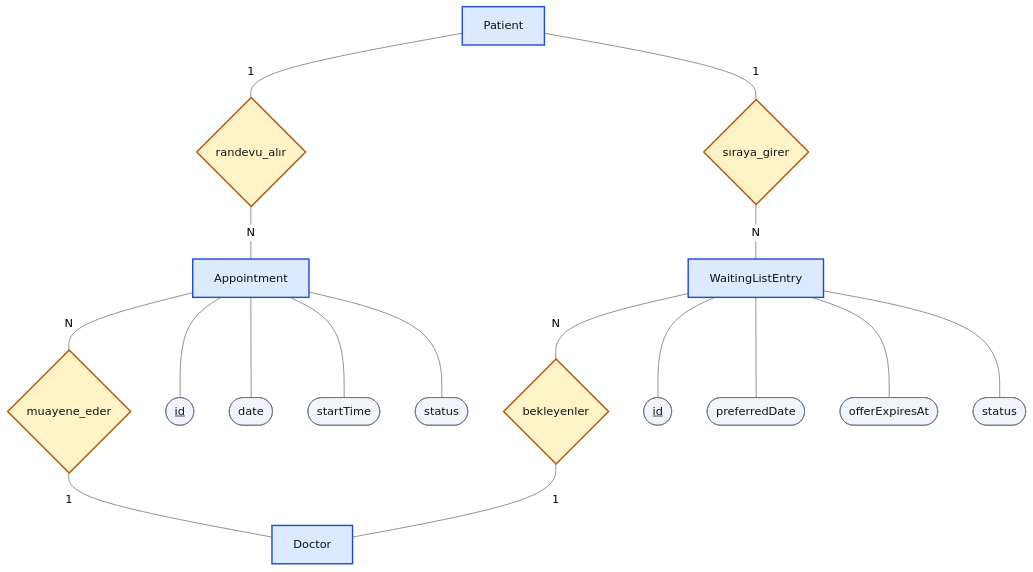
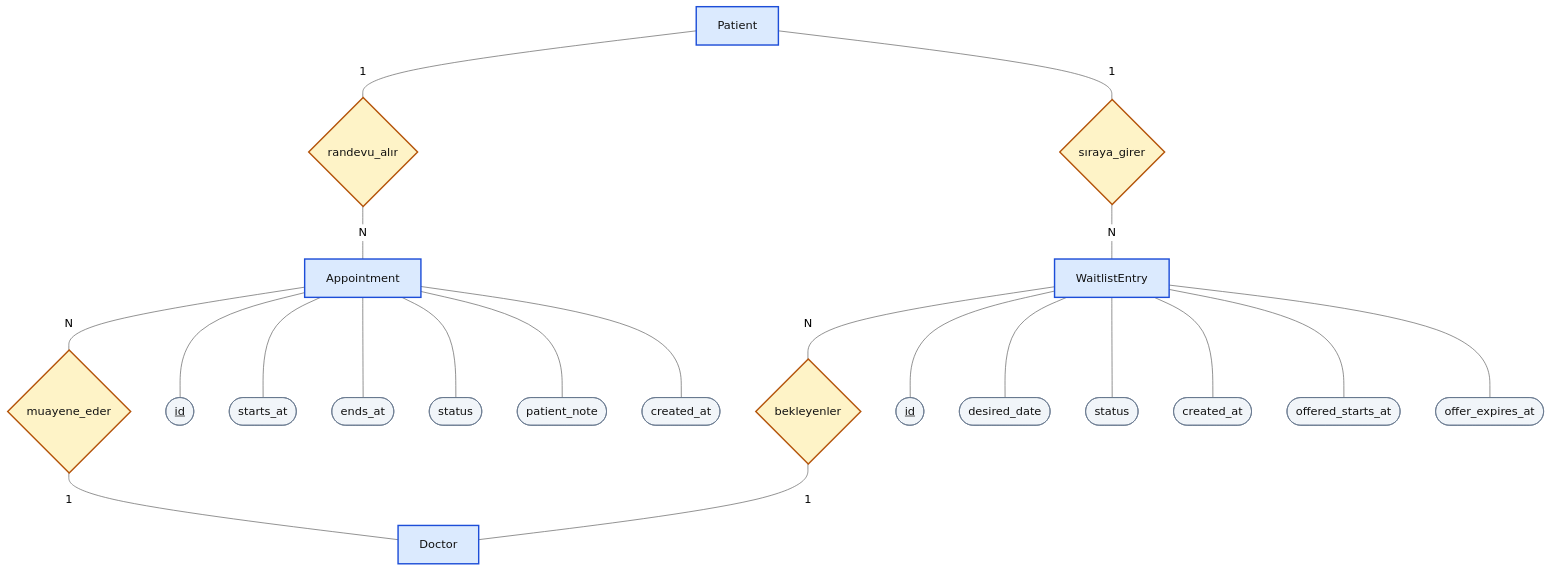
One commit to denizugurgenc02/clinic-appointment-system changed the sixth of 6 diagrams in docs/tasarim.md. Above: the diagram before and after it, drawn with Mermaid (neutral theme). The commit also changed other lines of this file and 1 other file, not shown here.

````diff
--- a/docs/tasarim.md
+++ b/docs/tasarim.md
@@ -682,30 +606,34 @@
 ```mermaid
 flowchart TB
     PATIENT[Patient]:::varlik
     DOCTOR[Doctor]:::varlik
     APPT[Appointment]:::varlik
-    WAIT[WaitingListEntry]:::varlik
+    WAIT[WaitlistEntry]:::varlik
 
     R_RAN{randevu_alır}:::iliski
     R_MUA{muayene_eder}:::iliski
     R_SIR{sıraya_girer}:::iliski
     R_BEK{bekleyenler}:::iliski
 
     PATIENT ---|1| R_RAN ---|N| APPT
     APPT ---|N| R_MUA ---|1| DOCTOR
     PATIENT ---|1| R_SIR ---|N| WAIT
     WAIT ---|N| R_BEK ---|1| DOCTOR
 
     APPT --- a1(["<u>id</u>"]):::oznitelik
-    APPT --- a2(["date"]):::oznitelik
-    APPT --- a3(["startTime"]):::oznitelik
+    APPT --- a2(["starts_at"]):::oznitelik
+    APPT --- a3(["ends_at"]):::oznitelik
     APPT --- a4(["status"]):::oznitelik
+    APPT --- a5(["patient_note"]):::oznitelik
+    APPT --- a6(["created_at"]):::oznitelik
     WAIT --- w1(["<u>id</u>"]):::oznitelik
-    WAIT --- w2(["preferredDate"]):::oznitelik
-    WAIT --- w3(["offerExpiresAt"]):::oznitelik
-    WAIT --- w4(["status"]):::oznitelik
+    WAIT --- w2(["desired_date"]):::oznitelik
+    WAIT --- w3(["status"]):::oznitelik
+    WAIT --- w4(["created_at"]):::oznitelik
+    WAIT --- w5(["offered_starts_at"]):::oznitelik
+    WAIT --- w6(["offer_expires_at"]):::oznitelik
 
     classDef varlik fill:#dbeafe,stroke:#1d4ed8,stroke-width:2px,color:#111
     classDef iliski fill:#fef3c7,stroke:#b45309,stroke-width:2px,color:#111
     classDef oznitelik fill:#f1f5f9,stroke:#64748b,color:#111
 ```
````
